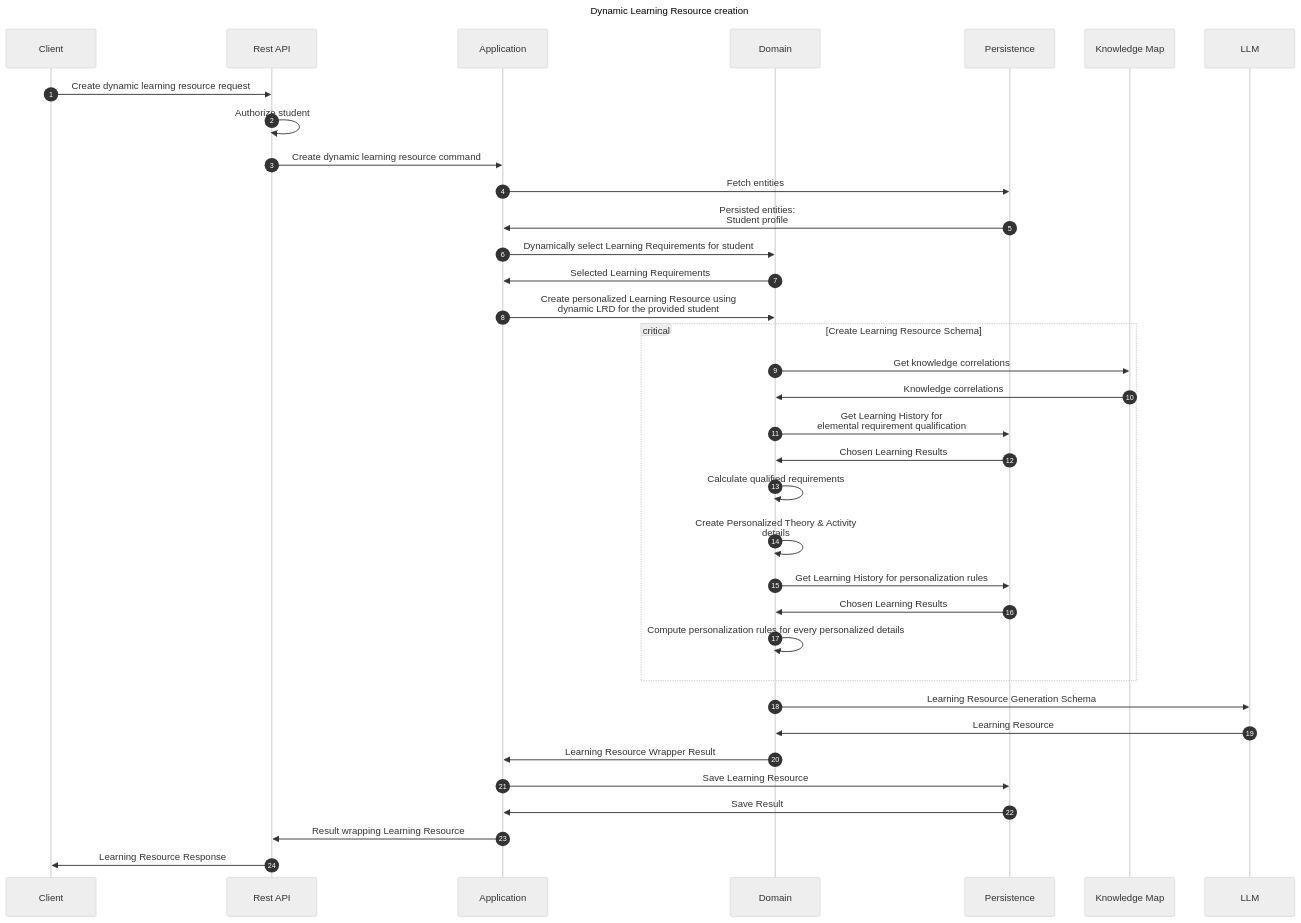
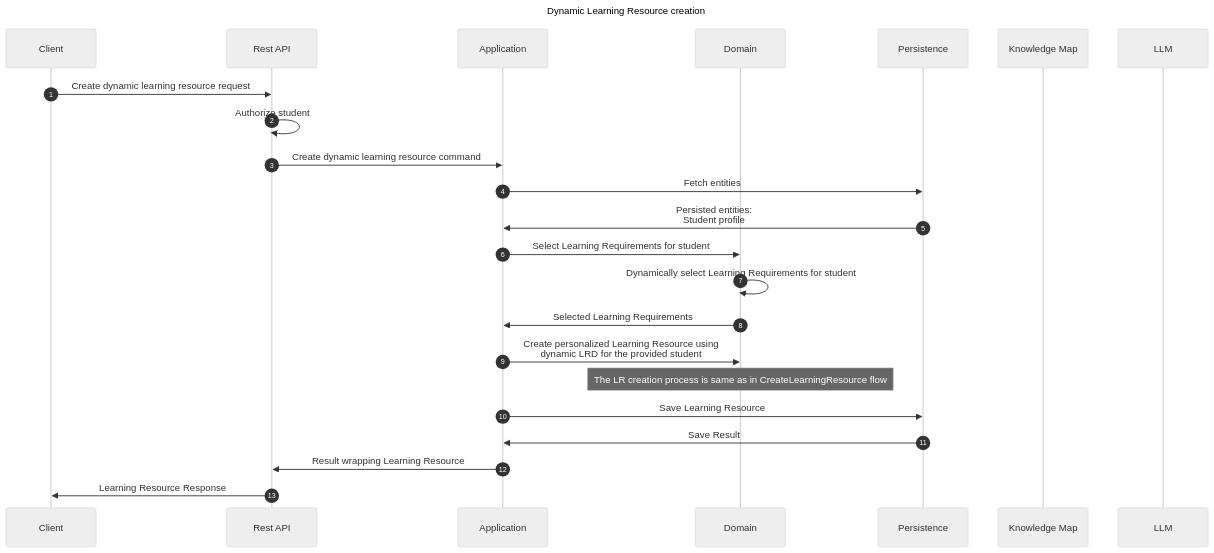
Before and after one commit to EdutieProject/edutie-backend: the diagram in docs/edutie/flows/learning/learningresource/CreateDynamicLearningResource.md, drawn with Mermaid (neutral theme). The commit also changed 1 other file, not shown here.

Commit message:
dev doc for CreateSimilarLearningResource.md + corrections

````diff
--- a/docs/edutie/flows/learning/learningresource/CreateDynamicLearningResource.md
+++ b/docs/edutie/flows/learning/learningresource/CreateDynamicLearningResource.md
@@ -9,42 +9,29 @@
 ```mermaid
 ---
 title: Dynamic Learning Resource creation
 ---
 sequenceDiagram
     participant Client
     participant Rest API
     participant Application
     participant Domain
     participant Persistence
     participant Knowledge Map
     participant LLM
     autonumber
     Client ->> Rest API: Create dynamic learning resource request
     Rest API ->> Rest API: Authorize student
     Rest API ->> Application: Create dynamic learning resource command
     Application ->> Persistence: Fetch entities
     Persistence ->> Application: Persisted entities:<br/>Student profile
-    Application ->> Domain: Dynamically select Learning Requirements for student
+    Application ->> Domain: Select Learning Requirements for student
+    Domain ->> Domain: Dynamically select Learning Requirements for student
     Domain ->> Application: Selected Learning Requirements
     Application ->> Domain: Create personalized Learning Resource using<br/>dynamic LRD for the provided student
-    critical Create Learning Resource Schema
-        Domain ->> Knowledge Map: Get knowledge correlations
-        Knowledge Map ->> Domain: Knowledge correlations
-        Domain ->> Persistence: Get Learning History for<br/>elemental requirement qualification
-        Persistence ->> Domain: Chosen Learning Results
-        Domain ->> Domain: Calculate qualified requirements
-        Domain ->> Domain: Create Personalized Theory & Activity<br/>details
-        Domain ->> Persistence: Get Learning History for personalization rules
-        Persistence ->> Domain: Chosen Learning Results
-        Domain ->> Domain: Compute personalization rules for every personalized details
-    end
-    Domain ->> LLM: Learning Resource Generation Schema
-    LLM ->> Domain: Learning Resource
-    Domain ->> Application: Learning Resource Wrapper Result
-
+    note over Domain: The LR creation process is same as in CreateLearningResource flow
     Application ->> Persistence: Save Learning Resource
     Persistence ->> Application: Save Result
     Application ->> Rest API: Result wrapping Learning Resource
     Rest API ->> Client: Learning Resource Response
 
 ```
````
